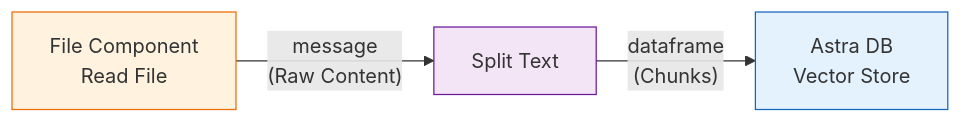
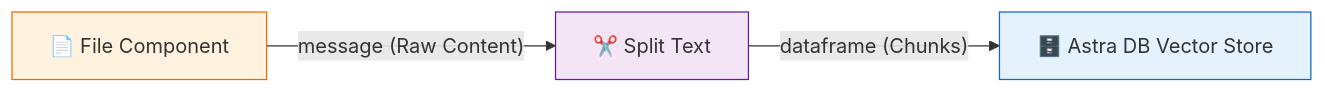
One commit to roshrv27/first_RAG changed the first of 5 diagrams in README.md. Above: the diagram before and after it, drawn with Mermaid. The commit also changed other lines of this file, not shown here.

````diff
--- a/README.md
+++ b/README.md
@@ -60,9 +61,9 @@
 ```mermaid
 flowchart LR
-    A[File Component<br/>Read File] -->|"message<br/>(Raw Content)"| B[Split Text]
-    B -->|"dataframe<br/>(Chunks)"| C[Astra DB<br/>Vector Store]
+    A["📄 File Component"] -->|"message (Raw Content)"| B["✂️ Split Text"]
+    B -->|"dataframe (Chunks)"| C["🗄️ Astra DB Vector Store"]
     
     style A fill:#fff3e0,stroke:#ef6c00
     style B fill:#f3e5f5,stroke:#6a1b9a
     style C fill:#e3f2fd,stroke:#1565c0
 ```
````
